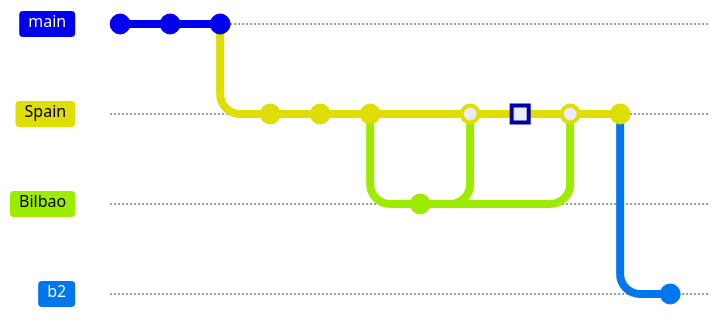
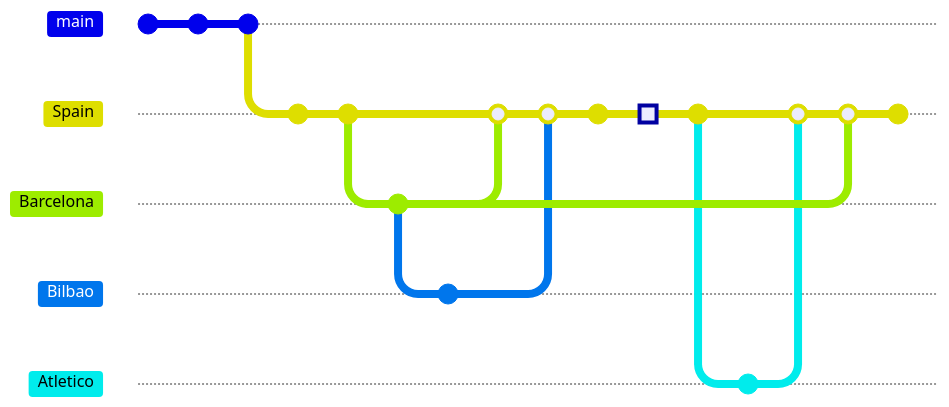
The diagram in README.md (sarnobat/atleticomadrid), drawn with Mermaid before and after one commit. Commit ids are hidden.

````diff
--- a/README.md
+++ b/README.md
@@ -6,20 +6,27 @@
 ```mermaid
 gitGraph:
     commit id: "1847 Eton rules football published"
     commit id: "1863 October FA rules created"
     commit id: "1863 FA Founded in London"
     branch Spain
     commit id: "1889 December 23 Recreativo Huelva founded"
     commit id: "1890 Sevilla founded"
+    branch Barcelona
     commit id: "1898 Barcelona founded"
     branch Bilbao
     commit id: "1898 July 18 Bilbao founded"
     checkout Bilbao
     checkout Spain
+    merge Barcelona
     merge Bilbao
+    commit id: "1902 Copa"
     commit id: "1903 Copa de la Coronacion" type: HIGHLIGHT
-    merge Bilbao
     commit
-    branch b2
-    commit
+    branch Atletico
+    checkout Atletico
+    commit id: "1908 Stripes vs Real"
+    checkout Spain
+    merge Atletico
+    merge Barcelona
+    commit id: "1921 Copa del Rey final"
 ```
````
